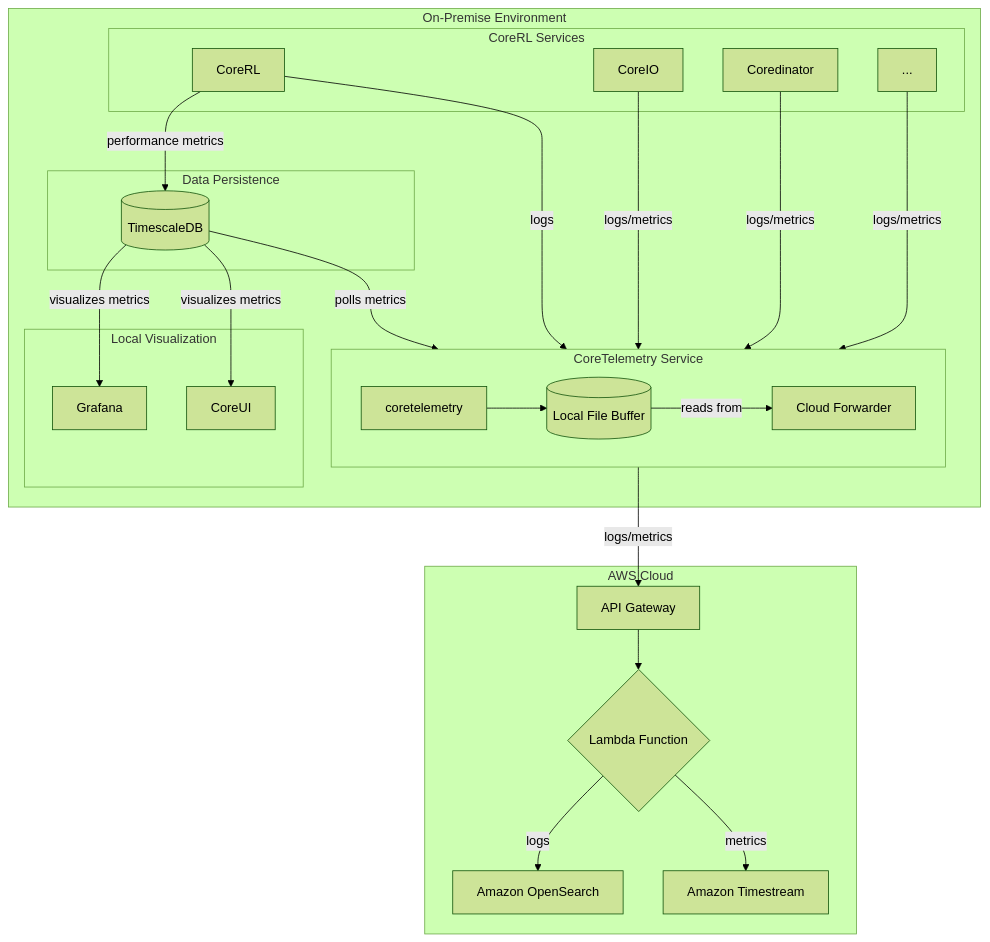
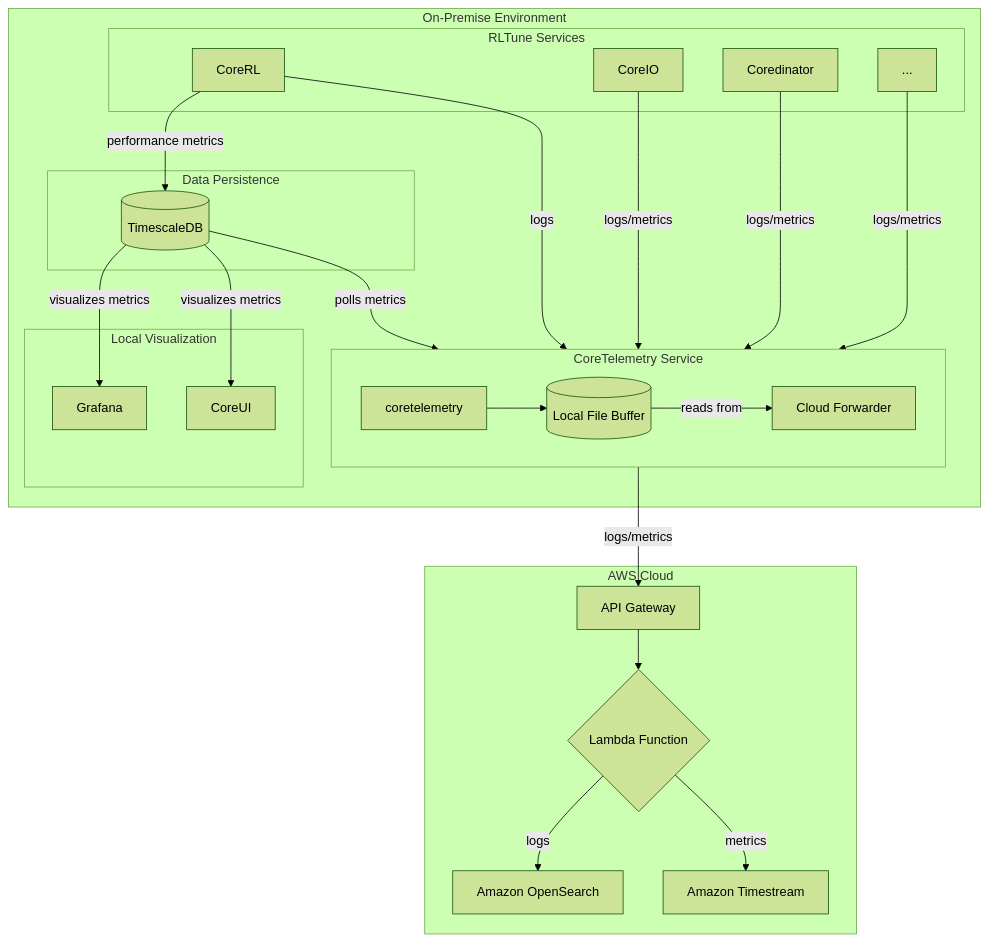
Before and after one commit to danilo-bangitjr-rlcore/cpp-ci-dev: the diagram in docs/tech_spec/coretelemetry.md, drawn with Mermaid (forest theme). The commit also changed other lines of this file and 6 other files, not shown here.

````diff
--- a/docs/tech_spec/coretelemetry.md
+++ b/docs/tech_spec/coretelemetry.md
@@ -27,52 +27,52 @@
 ```mermaid
 graph TD
     G -- "logs/metrics" --> J;
 
     subgraph On-Premise Environment
-        subgraph CoreRL Services
+    subgraph RLTune Services
             A[CoreRL]
             B[CoreIO]
             C[Coredinator]
             D[...]
         end
 
         subgraph Data Persistence
             TSDB[(TimescaleDB)]
         end
 
         subgraph Local Visualization
             CoreUI[CoreUI]
             Grafana[Grafana]
         end
 
         A -- "performance metrics" --> TSDB;
         TSDB -- "visualizes metrics" --> Grafana;
         TSDB -- "visualizes metrics" --> CoreUI;
 
         A -- "logs" --> E;
         B -- "logs/metrics" --> E;
         C -- "logs/metrics" --> E;
         D -- "logs/metrics" --> E;
 
         subgraph CoreTelemetry Service
             direction LR
             E[coretelemetry] --> F[(Local File Buffer)];
             F -- reads from --> G[Cloud Forwarder];
         end
 
         TSDB -- "polls metrics" --> G;
 
     end
 
     subgraph "AWS Cloud"
         J[API Gateway]
         K{Lambda Function}
         H[Amazon OpenSearch];
         I[Amazon Timestream];
 
         J --> K;
         K -- logs --> H;
         K -- metrics --> I;
     end
 
 ```
````
